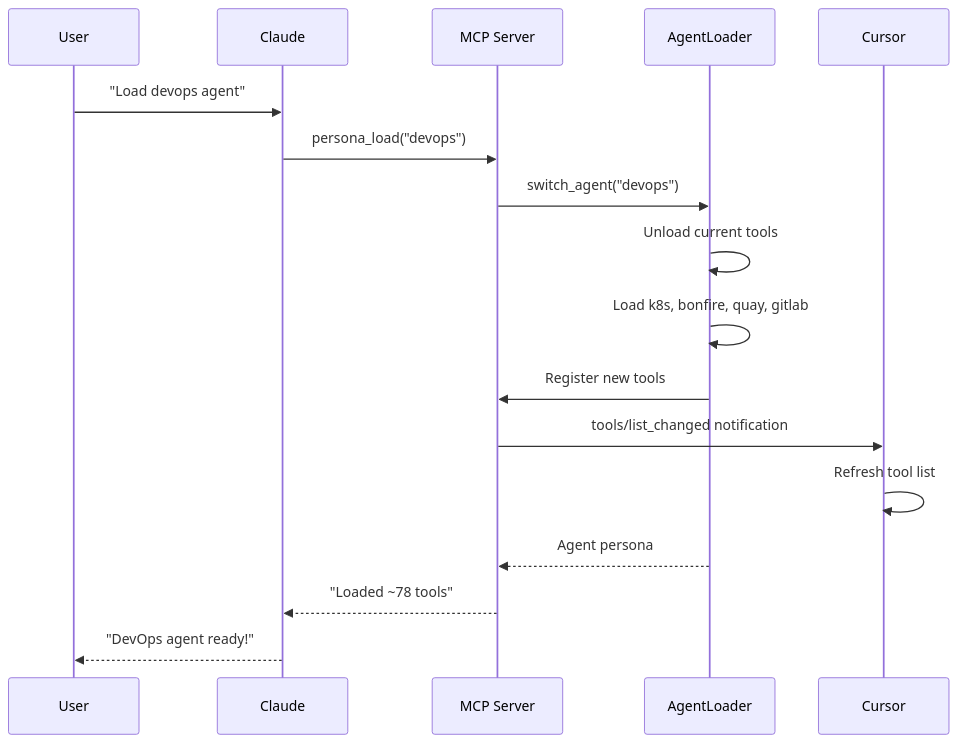
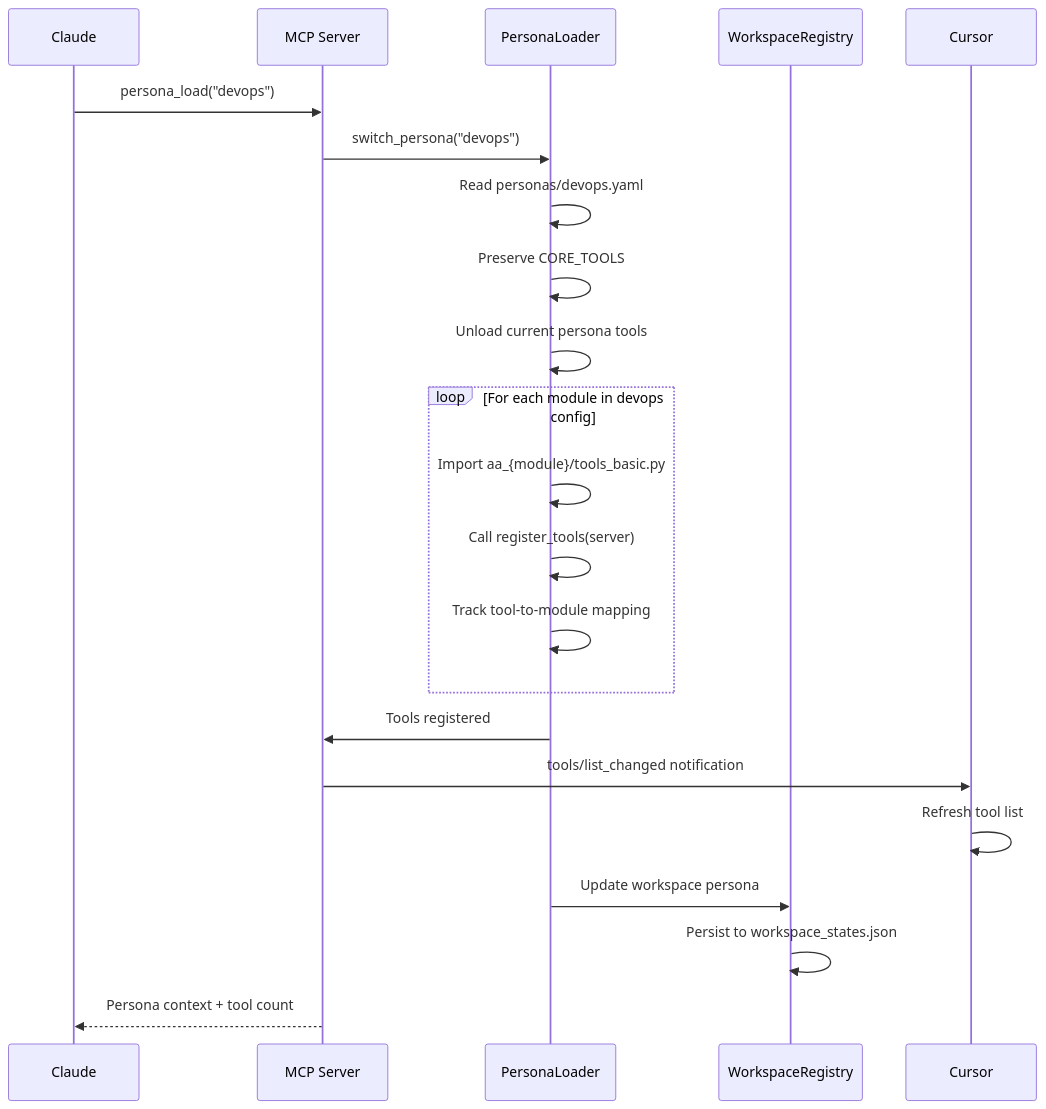
Before and after one commit to dmzoneill/redhat-ai-workflow: the third of 7 diagrams in docs/architecture/mcp-implementation.md, drawn with Mermaid. The commit also changed other lines of this file and 407 other files, not shown here.

````diff
--- a/docs/architecture/mcp-implementation.md
+++ b/docs/architecture/mcp-implementation.md
@@ -121,20 +190,30 @@
 ```mermaid
 sequenceDiagram
-    participant User
     participant Claude
     participant MCP as MCP Server
-    participant Loader as AgentLoader
+    participant Loader as PersonaLoader
+    participant Registry as WorkspaceRegistry
     participant Cursor
 
-    User->>Claude: "Load devops agent"
     Claude->>MCP: persona_load("devops")
-    MCP->>Loader: switch_agent("devops")
-    Loader->>Loader: Unload current tools
-    Loader->>Loader: Load k8s, bonfire, quay, gitlab
-    Loader->>MCP: Register new tools
+    MCP->>Loader: switch_persona("devops")
+
+    Loader->>Loader: Read personas/devops.yaml
+    Loader->>Loader: Preserve CORE_TOOLS
+    Loader->>Loader: Unload current persona tools
+
+    loop For each module in devops config
+        Loader->>Loader: Import aa_{module}/tools_basic.py
+        Loader->>Loader: Call register_tools(server)
+        Loader->>Loader: Track tool-to-module mapping
+    end
+
+    Loader->>MCP: Tools registered
     MCP->>Cursor: tools/list_changed notification
     Cursor->>Cursor: Refresh tool list
-    Loader-->>MCP: Agent persona
-    MCP-->>Claude: "Loaded ~78 tools"
-    Claude-->>User: "DevOps agent ready!"
+
+    Loader->>Registry: Update workspace persona
+    Registry->>Registry: Persist to workspace_states.json
+
+    MCP-->>Claude: Persona context + tool count
 ```
````
